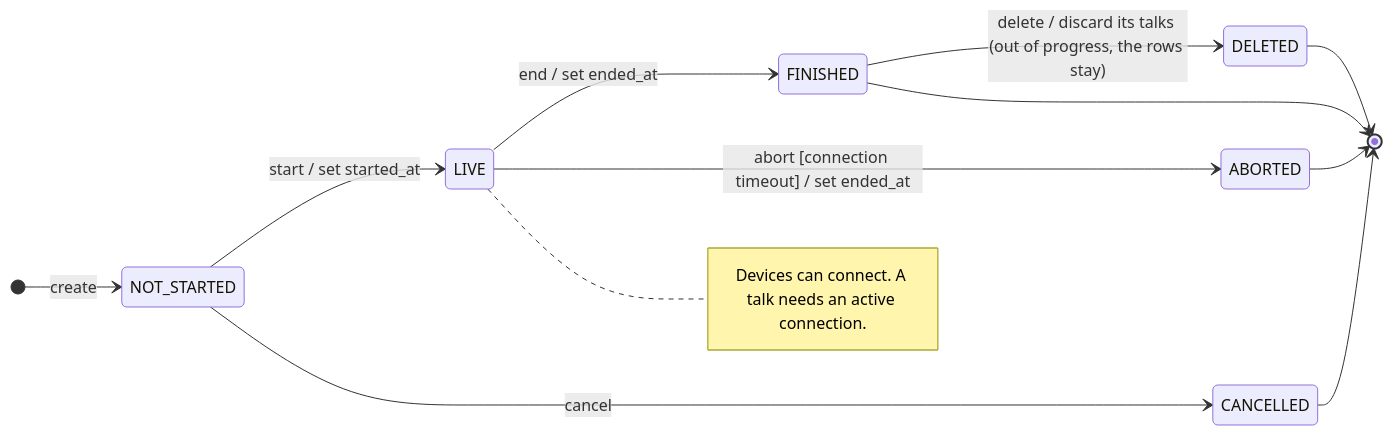
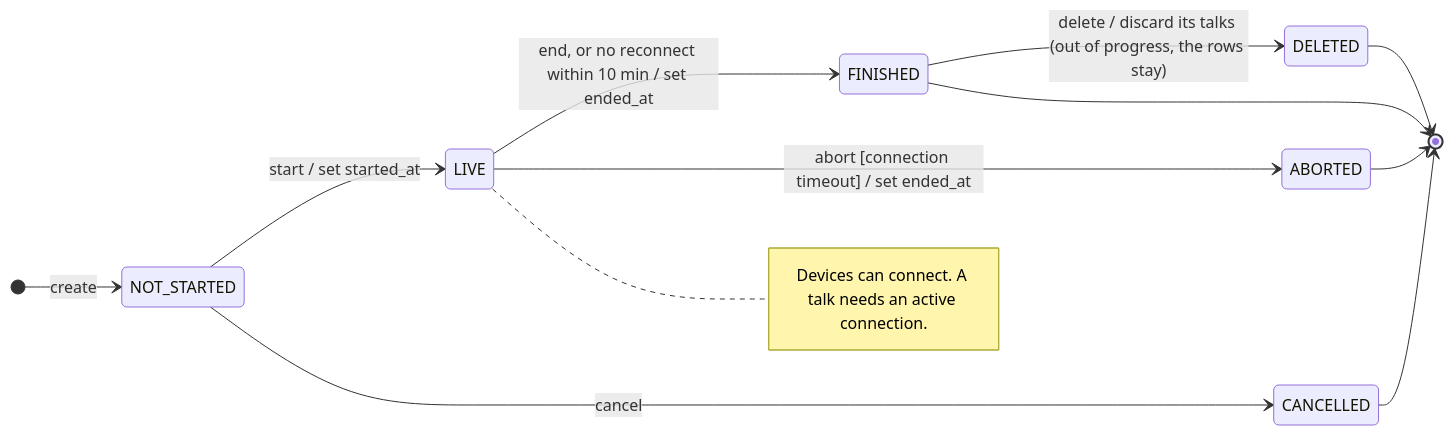
Before and after one commit to Slimeball12399/Pivot_expert_in_teams: the first of 5 diagrams in Server/core/LogicGraphs.md, drawn with Mermaid. The commit also changed other lines of this file and 39 other files, not shown here.

````diff
--- a/Server/core/LogicGraphs.md
+++ b/Server/core/LogicGraphs.md
@@ -4,15 +4,15 @@
 ```mermaid
 stateDiagram-v2
     direction LR
     [*] --> NOT_STARTED : create
     NOT_STARTED --> LIVE : start / set started_at
     NOT_STARTED --> CANCELLED : cancel
-    LIVE --> FINISHED : end / set ended_at
+    LIVE --> FINISHED : end, or no reconnect within 10 min / set ended_at
     LIVE --> ABORTED : abort [connection timeout] / set ended_at
     FINISHED --> DELETED : delete / discard its talks (out of progress, the rows stay)
     FINISHED --> [*]
     DELETED --> [*]
     CANCELLED --> [*]
     ABORTED --> [*]
     note right of LIVE : Devices can connect. A talk needs an active connection.
 ```
````
